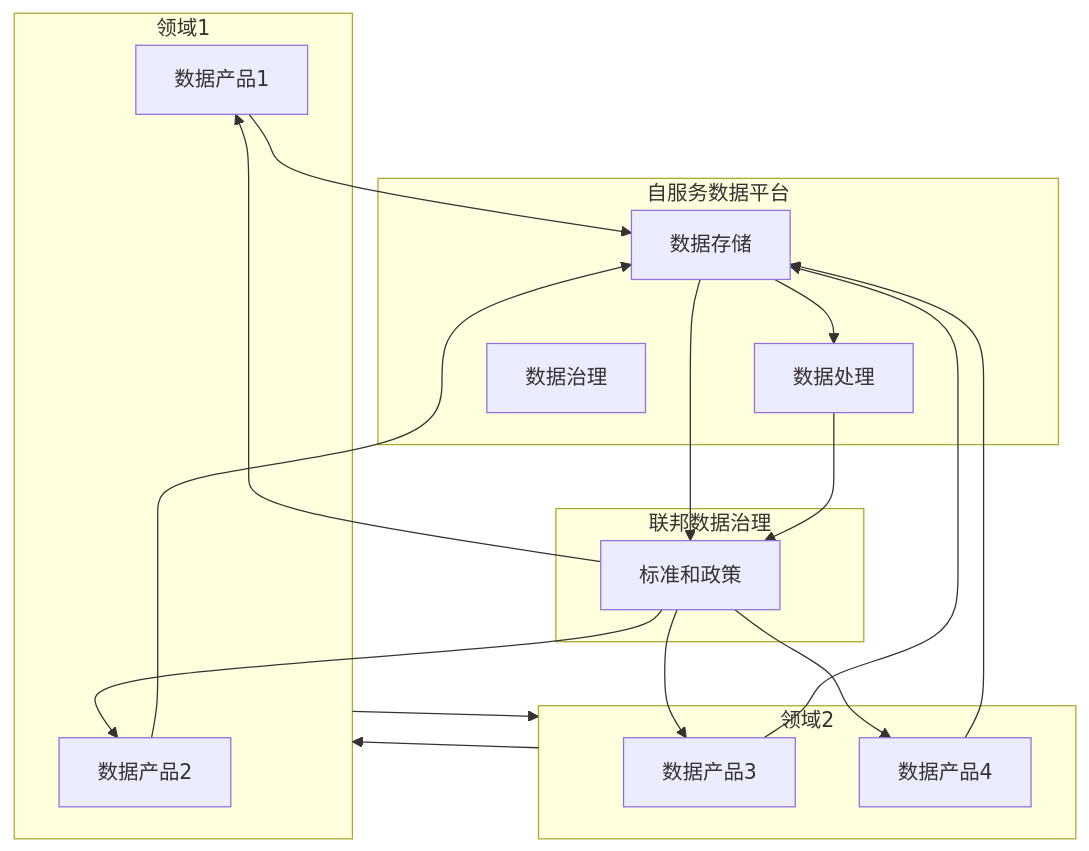
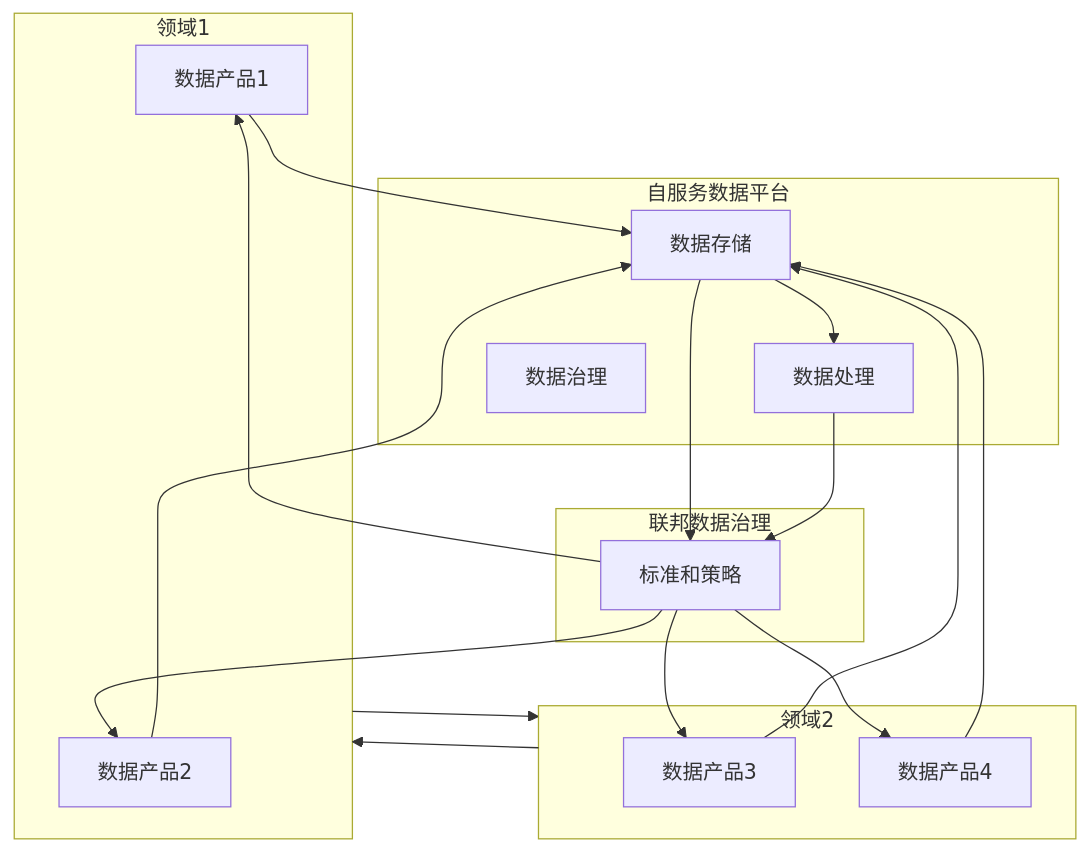
One commit to 0xcaffebabe/note changed the first of 2 diagrams in doc/数据技术/数据网格.md. Above: the diagram before and after it, drawn with Mermaid. The commit also changed other lines of this file, not shown here.

````diff
--- a/doc/数据技术/数据网格.md
+++ b/doc/数据技术/数据网格.md
@@ -15,32 +15,32 @@
 ```mermaid
 flowchart TB
     subgraph Domain1[领域1]
         A1[数据产品1]
         A2[数据产品2]
     end
 
     Domain1 --> Domain2
     Domain2 --> Domain1
 
     subgraph Domain2[领域2]
         B1[数据产品3]
         B2[数据产品4]
     end
 
     subgraph DataInfrastructure[自服务数据平台]
         C1[数据存储]
         C2[数据处理]
         C3[数据治理]
     end
 
     subgraph FederatedGovernance[联邦数据治理]
-        G1[标准和政策]
+        G1[标准和策略]
     end
 
     A1 & A2 --> C1
     B1 & B2 --> C1
     C1 --> C2
     C1 & C2 --> G1
     G1 --> A1 & A2
     G1 --> B1 & B2
 ```
````
